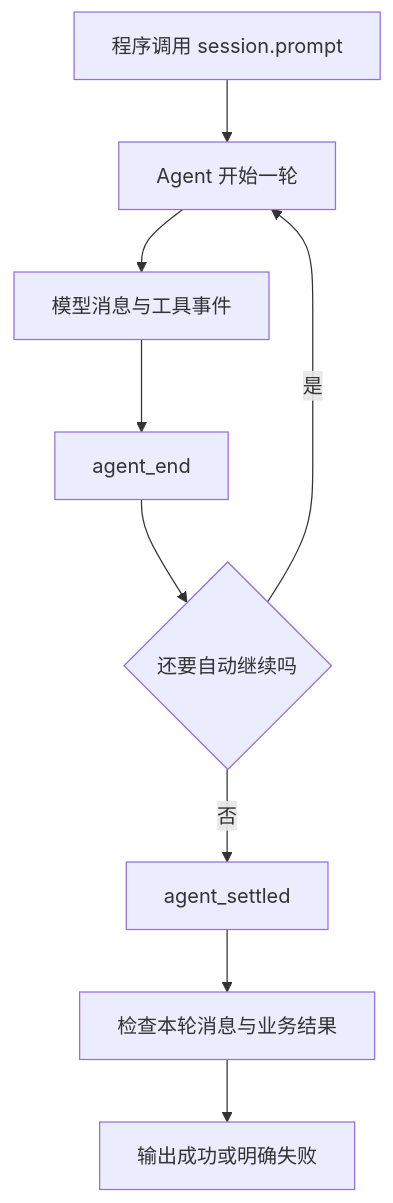
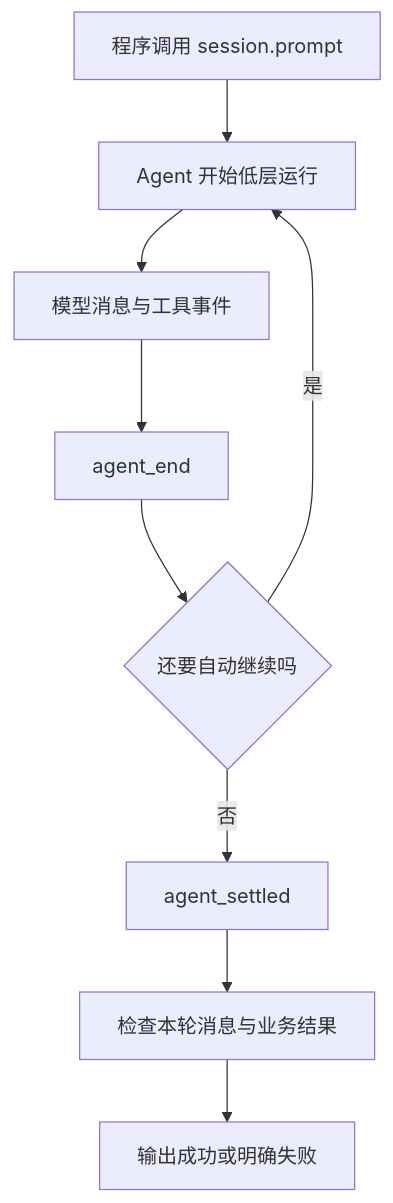
Before and after one commit to small-xiexu/pi-study: the second of 2 diagrams in docs/tutorials/22-使用SDK提交与控制任务.md, drawn with Mermaid. The commit also changed other lines of this file and 44 other files, not shown here.

````diff
--- a/docs/tutorials/22-使用SDK提交与控制任务.md
+++ b/docs/tutorials/22-使用SDK提交与控制任务.md
@@ -109,11 +55,11 @@
 ```mermaid
 flowchart TD
-    A[程序调用 session.prompt] --> B[Agent 开始一轮]
+    A[程序调用 session.prompt] --> B[Agent 开始低层运行]
     B --> C[模型消息与工具事件]
     C --> D[agent_end]
     D --> E{还要自动继续吗}
     E -->|是| B
     E -->|否| F[agent_settled]
     F --> G[检查本轮消息与业务结果]
     G --> H[输出成功或明确失败]
 ```
````
